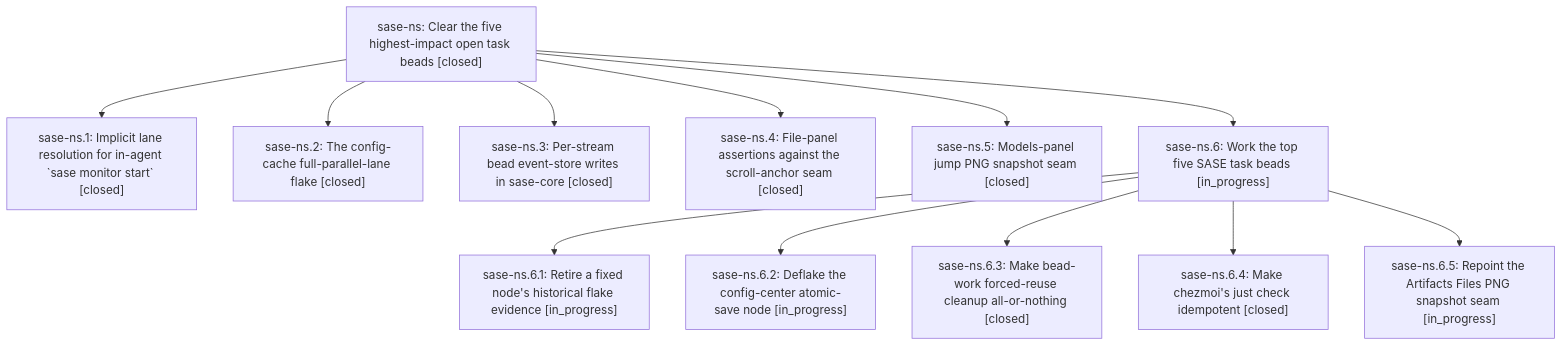
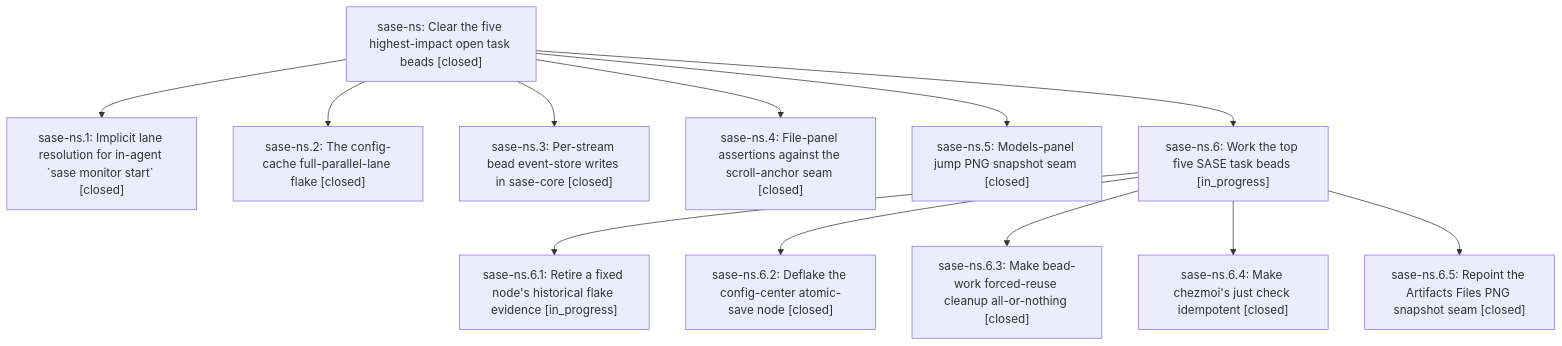
One commit to sase-org/sase--beads changed the diagram in pages/sase-ns/README.md. Above: the diagram before and after it, drawn with Mermaid. The commit also changed other lines of this file and 3 other files, not shown here.

````diff
--- a/pages/sase-ns/README.md
+++ b/pages/sase-ns/README.md
@@ -62,26 +62,26 @@
 ```mermaid
 flowchart TD
     n0["sase-ns: Clear the five highest-impact open task beads [closed]"]
     n1["sase-ns.1: Implicit lane resolution for in-agent `sase monitor start` [closed]"]
     n2["sase-ns.2: The config-cache full-parallel-lane flake [closed]"]
     n3["sase-ns.3: Per-stream bead event-store writes in sase-core [closed]"]
     n4["sase-ns.4: File-panel assertions against the scroll-anchor seam [closed]"]
     n5["sase-ns.5: Models-panel jump PNG snapshot seam [closed]"]
     n6["sase-ns.6: Work the top five SASE task beads [in_progress]"]
     n7["sase-ns.6.1: Retire a fixed node's historical flake evidence [in_progress]"]
-    n8["sase-ns.6.2: Deflake the config-center atomic-save node [in_progress]"]
+    n8["sase-ns.6.2: Deflake the config-center atomic-save node [closed]"]
     n9["sase-ns.6.3: Make bead-work forced-reuse cleanup all-or-nothing [closed]"]
     n10["sase-ns.6.4: Make chezmoi's just check idempotent [closed]"]
-    n11["sase-ns.6.5: Repoint the Artifacts Files PNG snapshot seam [in_progress]"]
+    n11["sase-ns.6.5: Repoint the Artifacts Files PNG snapshot seam [closed]"]
     n0 --> n1
     n0 --> n2
     n0 --> n3
     n0 --> n4
     n0 --> n5
     n0 --> n6
     n6 --> n7
     n6 --> n8
     n6 --> n9
     n6 --> n10
     n6 --> n11
 ```
````
